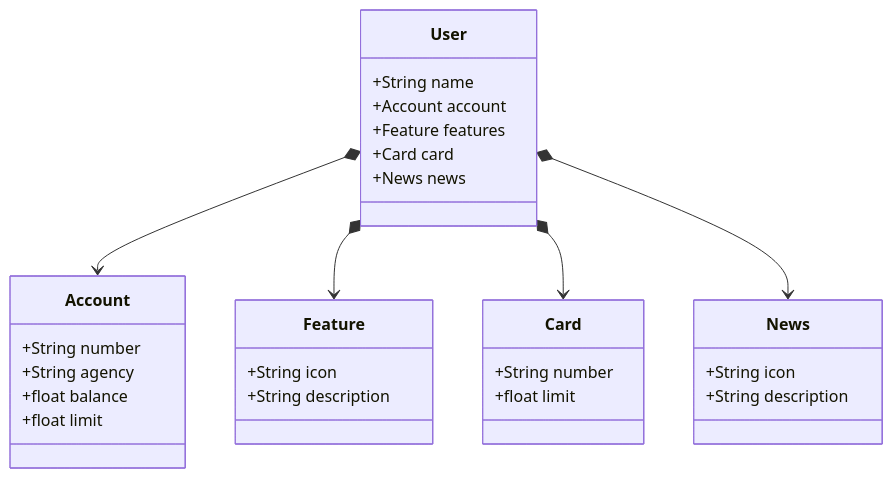
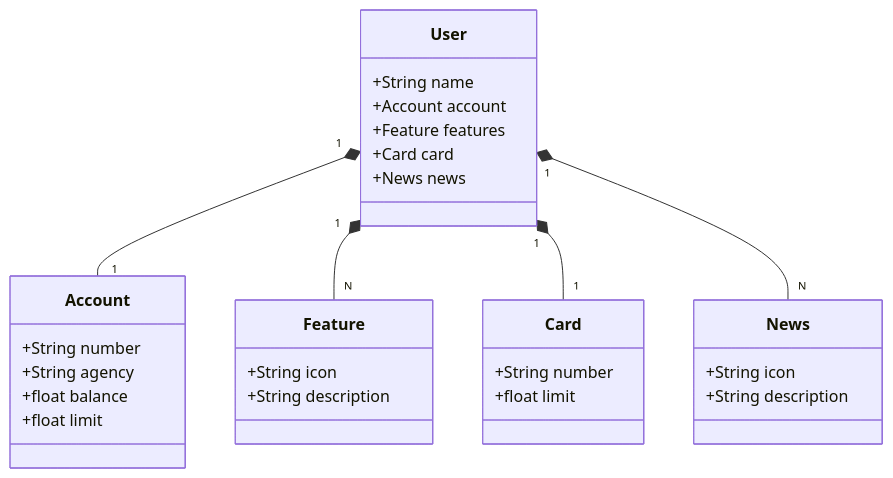
The diagram in README.md (Edsonfrs/gft-java-ia-2024), drawn with Mermaid before and after one commit.

````diff
--- a/README.md
+++ b/README.md
@@ -5,37 +5,37 @@
 ```mermaid
 classDiagram
     class User {
         +String name
         +Account account
         +Feature features
         +Card card
         +News news
     }
 
     class Account {
         +String number
         +String agency
         +float balance
         +float limit
     }
 
     class Feature {
         +String icon
         +String description
     }
 
     class Card {
         +String number
         +float limit
     }
 
     class News {
         +String icon
         +String description
     }
 
-    User *--> Account
-    User *--> Feature
-    User *--> Card
-    User *--> News
+    User "1" *-- "1" Account
+    User "1" *-- "N" Feature
+    User "1" *-- "1" Card
+    User "1" *-- "N" News
 ```
````
